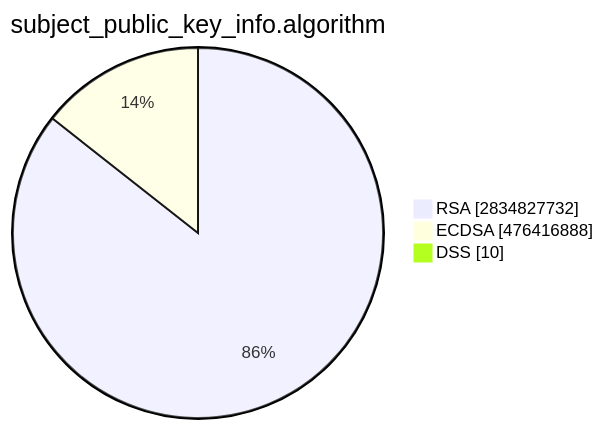
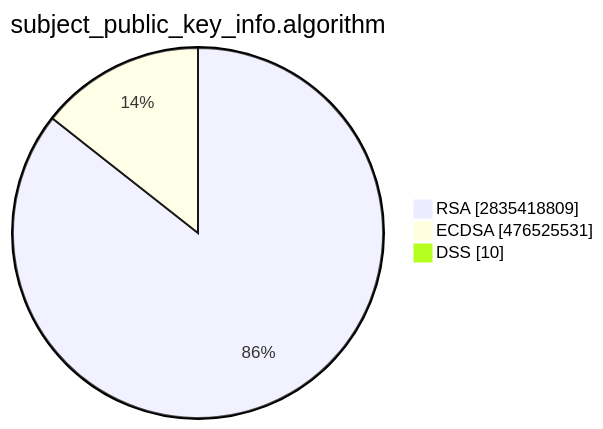
One commit to christiankrug/ctmonitor_visualization changed the second of 15 diagrams in TOTAL/README.md. Above: the diagram before and after it, drawn with Mermaid. The commit also changed other lines of this file, not shown here.

````diff
--- a/TOTAL/README.md
+++ b/TOTAL/README.md
@@ -6,7 +6,7 @@
 ```mermaid
 pie showData
 title subject_public_key_info.algorithm
-"RSA" :2834827732
-"ECDSA" :476416888
+"RSA" :2835418809
+"ECDSA" :476525531
 "DSS" :10
 ```
````
